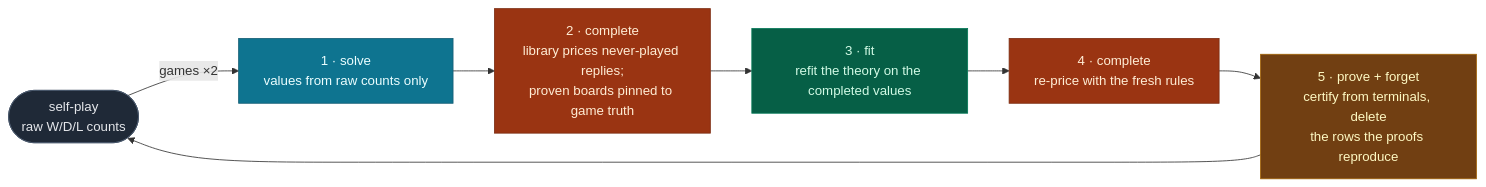
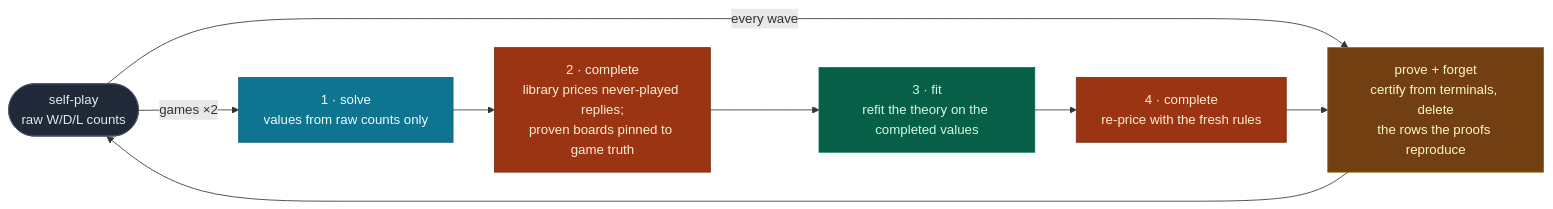
Before and after one commit to MatheweB/WiseExplorer: the sixth of 7 diagrams in README.md, drawn with Mermaid. The commit also changed other lines of this file and 2 other files, not shown here.

Commit message:
Docs: describe the two-tier value loop
Prove + forget runs every wave (the frontier marches continuously); the
rebuild runs on a games-doubling clock, its MDL gate the judge of what
pays. Updates the cycle prose, mermaids, and the where-it-lives table.

````diff
--- a/README.md
+++ b/README.md
@@ -280,14 +283,15 @@
 ```mermaid
 flowchart LR
     classDef ev fill:#0e7490,stroke:#155e75,color:#ecfeff
     classDef co fill:#9a3412,stroke:#7c2d12,color:#ffedd5
     classDef di fill:#065f46,stroke:#047857,color:#d1fae5
     classDef pr fill:#713f12,stroke:#a16207,color:#fef9c3
     classDef pl fill:#1f2937,stroke:#475569,color:#e5e7eb
-    P(["self-play<br/>raw W/D/L counts"]):::pl -->|"games ×2"| S["1 · solve<br/>values from raw counts only"]:::ev
+    P(["self-play<br/>raw W/D/L counts"]):::pl -->|"every wave"| PR["prove + forget<br/>certify from terminals, delete<br/>the rows the proofs reproduce"]:::pr
+    P -->|"games ×2"| S["1 · solve<br/>values from raw counts only"]:::ev
     S --> C1["2 · complete<br/>library prices never-played replies;<br/>proven boards pinned to game truth"]:::co
     C1 --> D["3 · fit<br/>refit the theory on the completed values"]:::di
     D --> C2["4 · complete<br/>re-price with the fresh rules"]:::co
-    C2 --> PR["5 · prove + forget<br/>certify from terminals, delete<br/>the rows the proofs reproduce"]:::pr
+    C2 --> PR
     PR --> P
 ```
````
